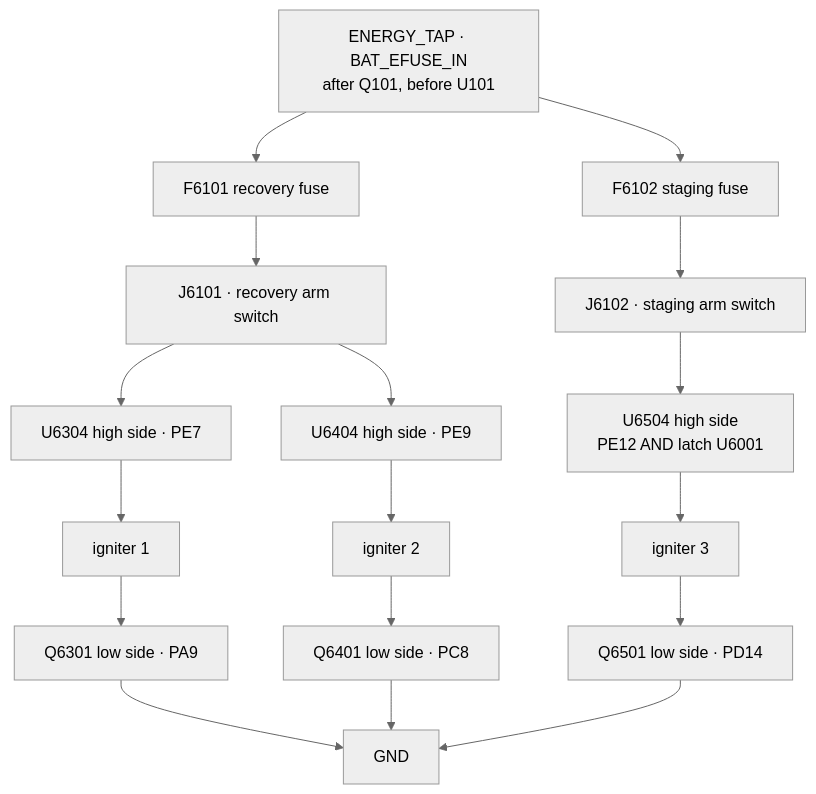
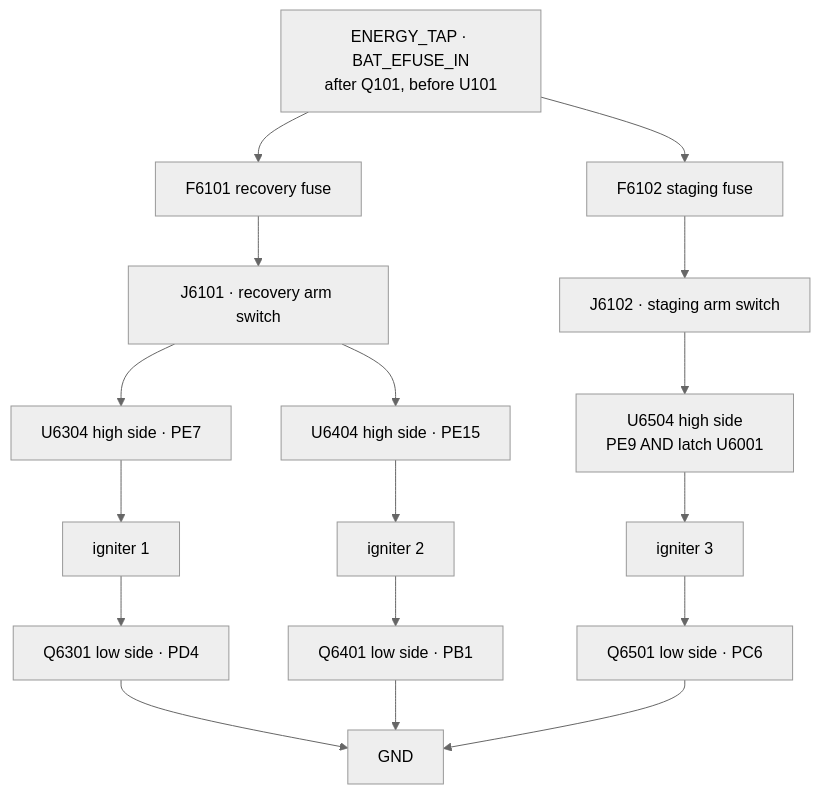
One commit to ULAS-HiPR/Ogma2 changed the first of 2 diagrams in docs/architecture/03-energetic-outputs.md. Above: the diagram before and after it, drawn with Mermaid (neutral theme). The commit also changed other lines of this file and 44 other files, not shown here.

````diff
--- a/docs/architecture/03-energetic-outputs.md
+++ b/docs/architecture/03-energetic-outputs.md
@@ -14,18 +14,18 @@
 ```mermaid
 flowchart TB
   TAP["ENERGY_TAP · BAT_EFUSE_IN
 after Q101, before U101"] --> F1["F6101 recovery fuse"]
   TAP --> F2["F6102 staging fuse"]
   F1 --> J1["J6101 · recovery arm switch"]
   F2 --> J2["J6102 · staging arm switch"]
   J1 --> H1["U6304 high side · PE7"]
-  J1 --> H2["U6404 high side · PE9"]
+  J1 --> H2["U6404 high side · PE15"]
   J2 --> H3["U6504 high side
-PE12 AND latch U6001"]
-  H1 --> I1["igniter 1"] --> L1["Q6301 low side · PA9"]
-  H2 --> I2["igniter 2"] --> L2["Q6401 low side · PC8"]
-  H3 --> I3["igniter 3"] --> L3["Q6501 low side · PD14"]
+PE9 AND latch U6001"]
+  H1 --> I1["igniter 1"] --> L1["Q6301 low side · PD4"]
+  H2 --> I2["igniter 2"] --> L2["Q6401 low side · PB1"]
+  H3 --> I3["igniter 3"] --> L3["Q6501 low side · PC6"]
   L1 --> G["GND"]
   L2 --> G
   L3 --> G
 ```
````
